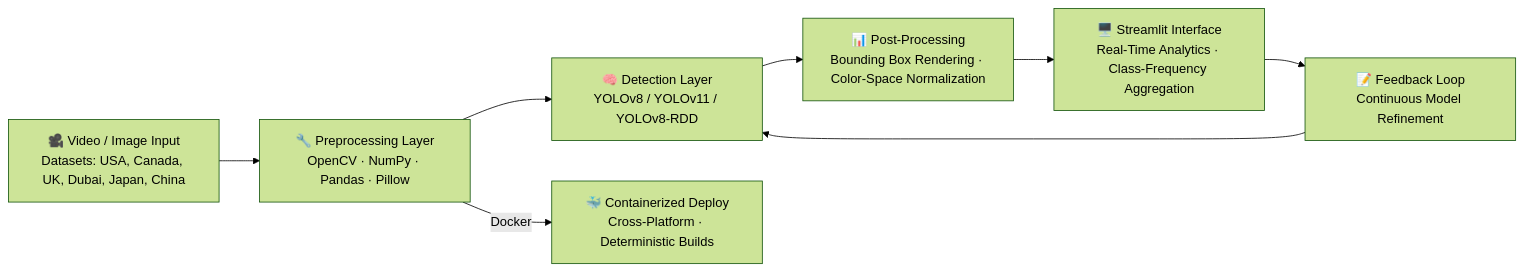
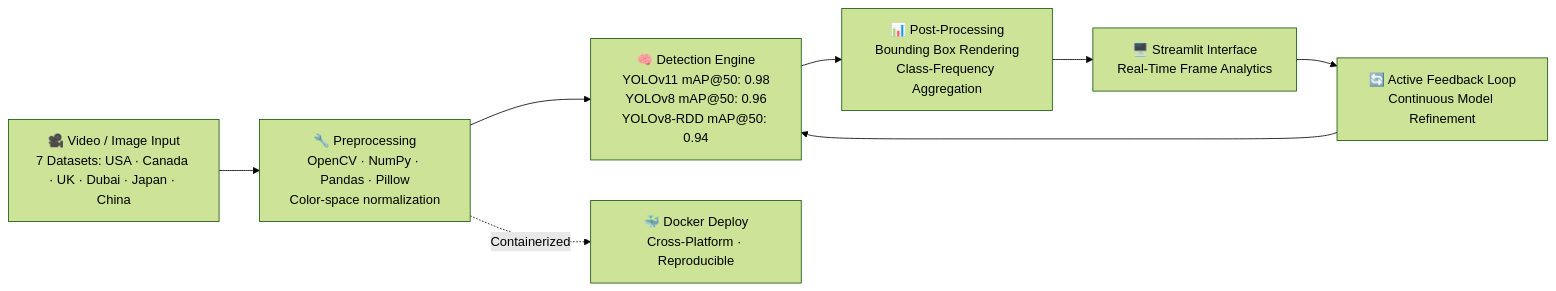
The first of 2 diagrams in README.md (VamshiKrishnaMacha/VamshiKrishnaMacha), drawn with Mermaid (forest theme) before and after one commit. The commit also changed other lines of this file, not shown here.

````diff
--- a/README.md
+++ b/README.md
@@ -424,10 +247,10 @@
 ```mermaid
 graph LR
-    A["🎥 Video / Image Input<br/>Datasets: USA, Canada, UK, Dubai, Japan, China"] --> B
-    B["🔧 Preprocessing Layer<br/>OpenCV · NumPy · Pandas · Pillow"] --> C
-    C["🧠 Detection Layer<br/>YOLOv8 / YOLOv11 / YOLOv8-RDD"] --> D
-    D["📊 Post-Processing<br/>Bounding Box Rendering · Color-Space Normalization"] --> E
-    E["🖥️ Streamlit Interface<br/>Real-Time Analytics · Class-Frequency Aggregation"] --> F
-    F["📝 Feedback Loop<br/>Continuous Model Refinement"] --> C
-    B -->|Docker| G["🐳 Containerized Deploy<br/>Cross-Platform · Deterministic Builds"]
+    A["🎥 Video / Image Input<br/>7 Datasets: USA · Canada · UK · Dubai · Japan · China"] --> B
+    B["🔧 Preprocessing<br/>OpenCV · NumPy · Pandas · Pillow<br/>Color-space normalization"] --> C
+    C["🧠 Detection Engine<br/>YOLOv11 mAP@50: 0.98<br/>YOLOv8 mAP@50: 0.96<br/>YOLOv8-RDD mAP@50: 0.94"] --> D
+    D["📊 Post-Processing<br/>Bounding Box Rendering<br/>Class-Frequency Aggregation"] --> E
+    E["🖥️ Streamlit Interface<br/>Real-Time Frame Analytics"] --> F
+    F["🔄 Active Feedback Loop<br/>Continuous Model Refinement"] --> C
+    B -.->|Containerized| G["🐳 Docker Deploy<br/>Cross-Platform · Reproducible"]
 ```
````
